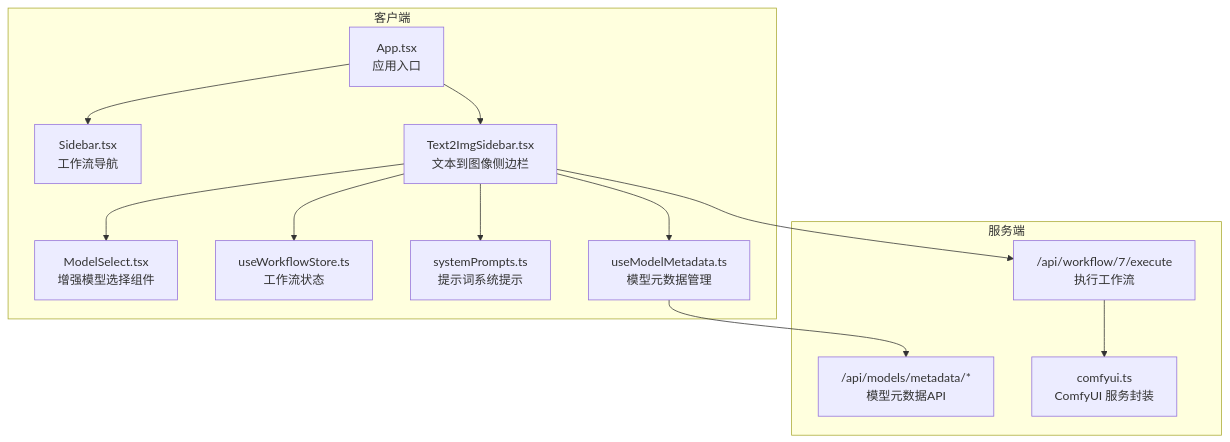
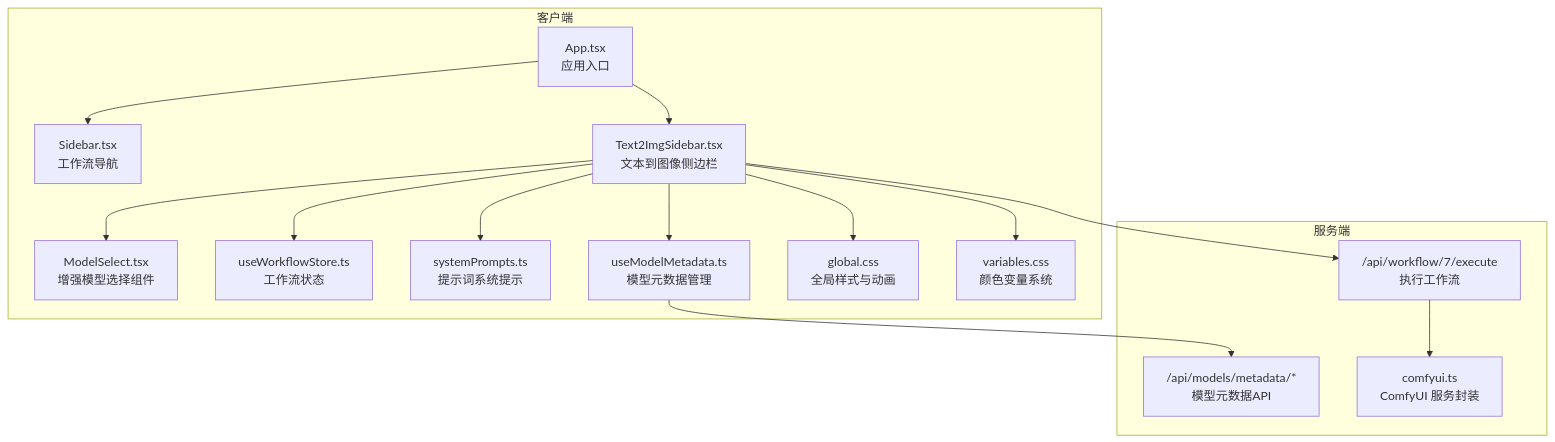
One commit to billye220670/CorineKit_Pix2Real changed the first of 4 diagrams in .qoder/repowiki/zh/content/用户界面组件/控制面板组件/文本到图像侧边栏.md. Above: the diagram before and after it, drawn with Mermaid. The commit also changed other lines of this file and 10 other files, not shown here.

Commit message:
feat: LoRA触发词右键上下文菜单与未使用检测 - 新增PromptContextMenu多层级右键菜单组件 - 移除侧边栏LoRA触发词文本显示，改为未使用时黄色警告图标 - 提示词输入框右键弹出菜单，支持插入LoRA触发词和标签分类数据 - Text2ImgSidebar和ZITSidebar同步更新

````diff
--- a/.qoder/repowiki/zh/content/用户界面组件/控制面板组件/文本到图像侧边栏.md
+++ b/.qoder/repowiki/zh/content/用户界面组件/控制面板组件/文本到图像侧边栏.md
@@ -58,26 +57,30 @@
 ```mermaid
 graph TB
 subgraph "客户端"
 APP["App.tsx<br/>应用入口"]
 SIDEBAR["Sidebar.tsx<br/>工作流导航"]
 T2I["Text2ImgSidebar.tsx<br/>文本到图像侧边栏"]
 MODELSELECT["ModelSelect.tsx<br/>增强模型选择组件"]
 STORE["useWorkflowStore.ts<br/>工作流状态"]
 PROMPT["systemPrompts.ts<br/>提示词系统提示"]
 METADATA["useModelMetadata.ts<br/>模型元数据管理"]
+GLOBALS["global.css<br/>全局样式与动画"]
+VARS["variables.css<br/>颜色变量系统"]
 end
 subgraph "服务端"
 API["/api/workflow/7/execute<br/>执行工作流"]
 CATEGORIES["/api/models/metadata/*<br/>模型元数据API"]
 CUISVC["comfyui.ts<br/>ComfyUI 服务封装"]
 end
 APP --> SIDEBAR
 APP --> T2I
 T2I --> MODELSELECT
 T2I --> STORE
 T2I --> PROMPT
 T2I --> METADATA
+T2I --> GLOBALS
+T2I --> VARS
 T2I --> API
 API --> CUISVC
 METADATA --> CATEGORIES
 ```
````
